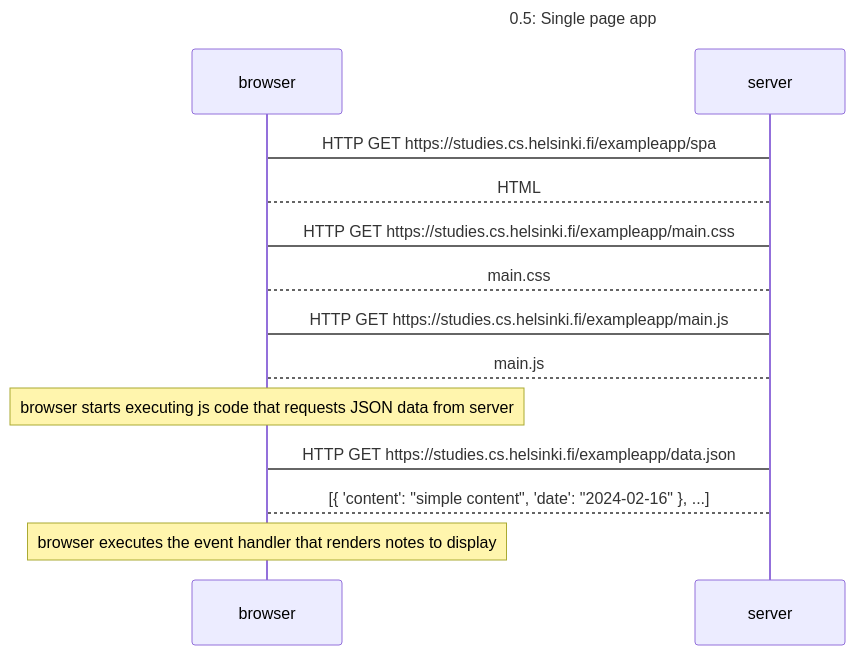
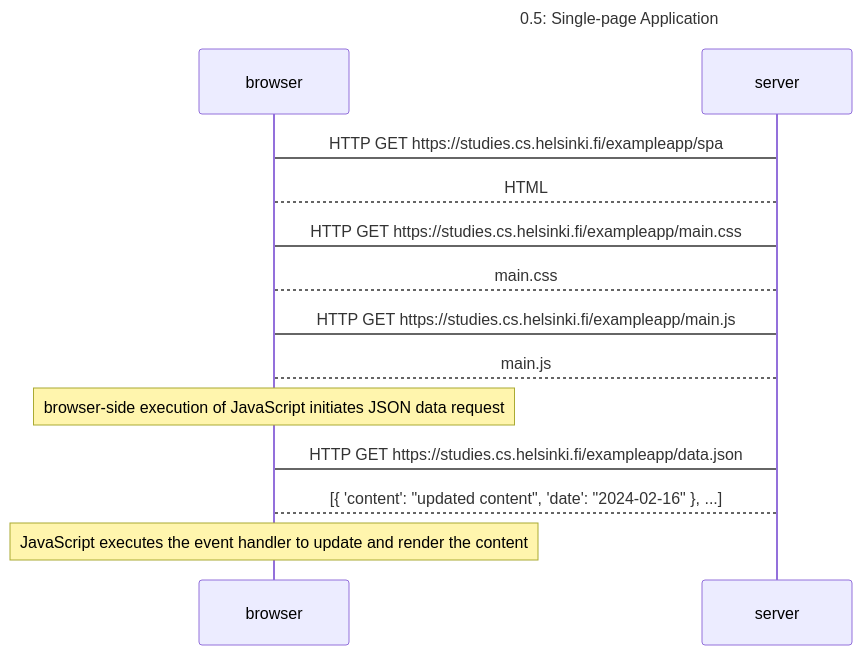
One commit to Vizard16/FullStackOpen changed the diagram in part0/0.5.md. Above: the diagram before and after it, drawn with Mermaid.

````diff
--- a/part0/0.5.md
+++ b/part0/0.5.md
@@ -3,18 +3,18 @@
 ```mermaid
 sequenceDiagram
-    Title: 0.5: Single page app
+    Title: 0.5: Single-page Application
 
     browser->server: HTTP GET https://studies.cs.helsinki.fi/exampleapp/spa
     server-->browser: HTML
     browser->server: HTTP GET https://studies.cs.helsinki.fi/exampleapp/main.css
     server-->browser: main.css
     browser->server: HTTP GET https://studies.cs.helsinki.fi/exampleapp/main.js
     server-->browser: main.js
 
-    note over browser: browser starts executing js code that requests JSON data from server
+    note over browser: browser-side execution of JavaScript initiates JSON data request
 
     browser->server: HTTP GET https://studies.cs.helsinki.fi/exampleapp/data.json
-    server-->browser: [{ 'content': "simple content", 'date': "2024-02-16" }, ...]
+    server-->browser: [{ 'content': "updated content", 'date': "2024-02-16" }, ...]
 
-    note over browser: browser executes the event handler that renders notes to display
+    note over browser: JavaScript executes the event handler to update and render the content
 ```
````
